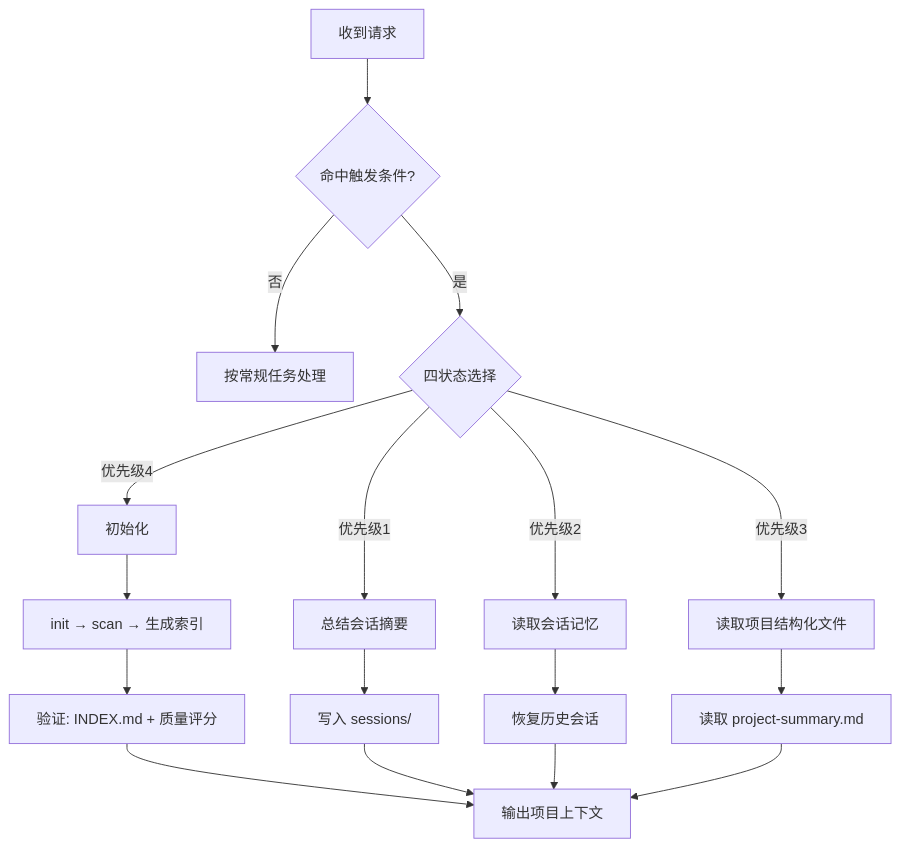
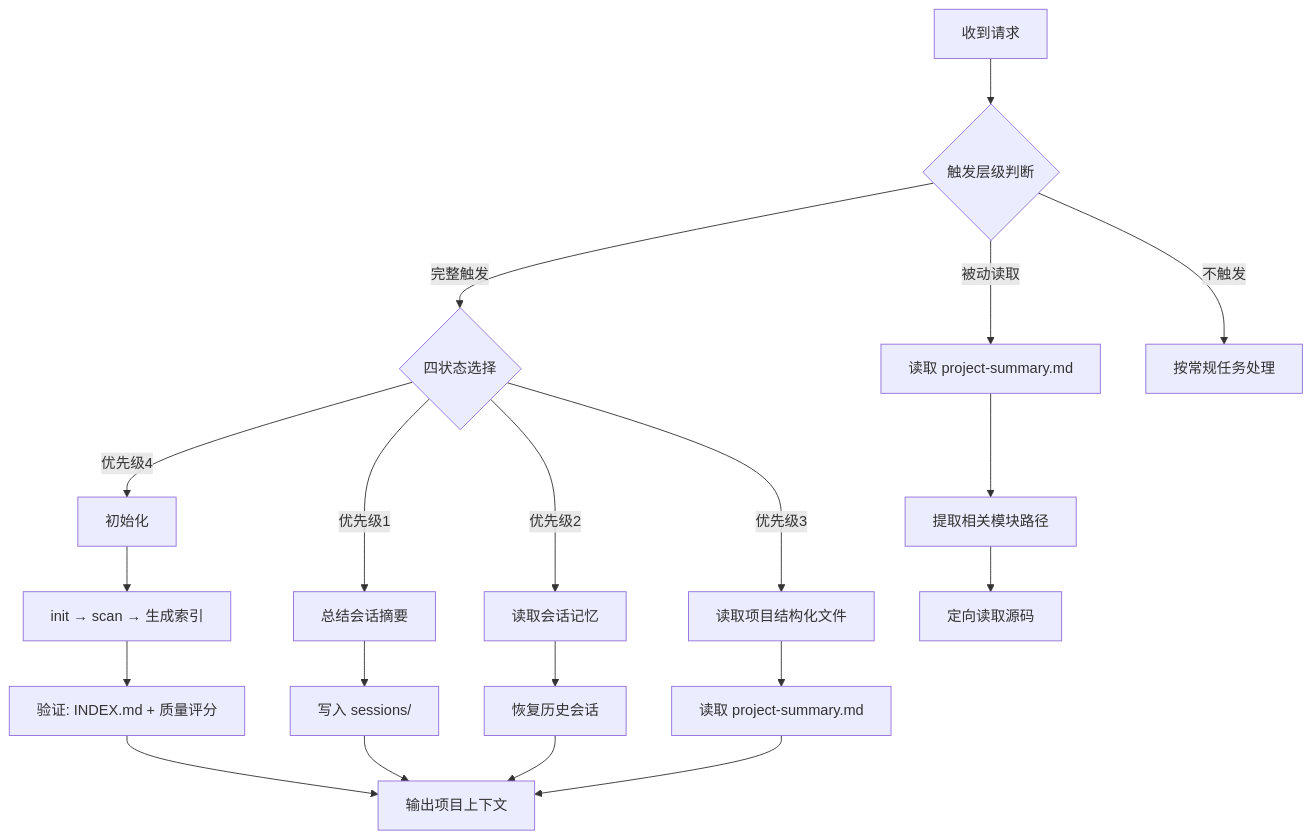
One commit to lbyxunxunnini/forge-memory changed the diagram in SKILL.md. Above: the diagram before and after it, drawn with Mermaid. The commit also changed other lines of this file and 4 other files, not shown here.

````diff
--- a/SKILL.md
+++ b/SKILL.md
@@ -36,19 +36,22 @@
 ```mermaid
 flowchart TD
-    A[收到请求] --> B{命中触发条件?}
-    B -->|否| C[按常规任务处理]
-    B -->|是| D{四状态选择}
+    A[收到请求] --> B{触发层级判断}
+    B -->|完整触发| D{四状态选择}
+    B -->|被动读取| P[读取 project-summary.md]
+    B -->|不触发| C[按常规任务处理]
     D -->|优先级1| E[总结会话摘要]
     D -->|优先级2| F[读取会话记忆]
     D -->|优先级3| G[读取项目结构化文件]
     D -->|优先级4| H[初始化]
     H --> I[init → scan → 生成索引]
     I --> J[验证: INDEX.md + 质量评分]
     E --> K[写入 sessions/]
     F --> L[恢复历史会话]
     G --> M[读取 project-summary.md]
     J --> N[输出项目上下文]
     K --> N
     L --> N
     M --> N
+    P --> Q[提取相关模块路径]
+    Q --> R[定向读取源码]
 ```
````
